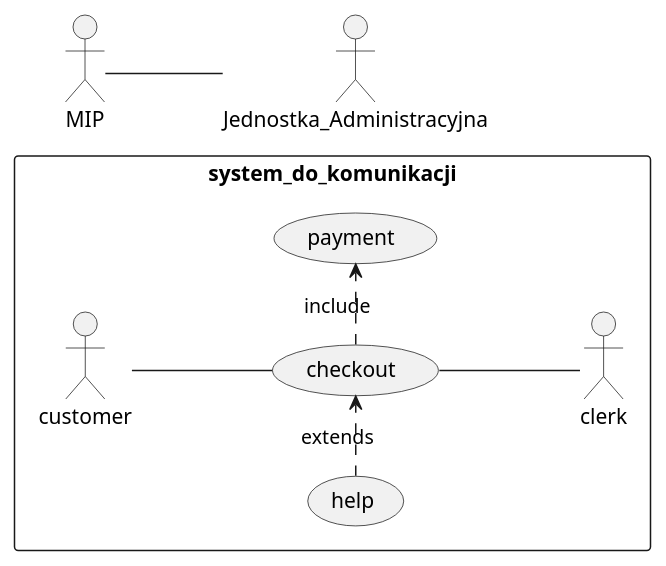
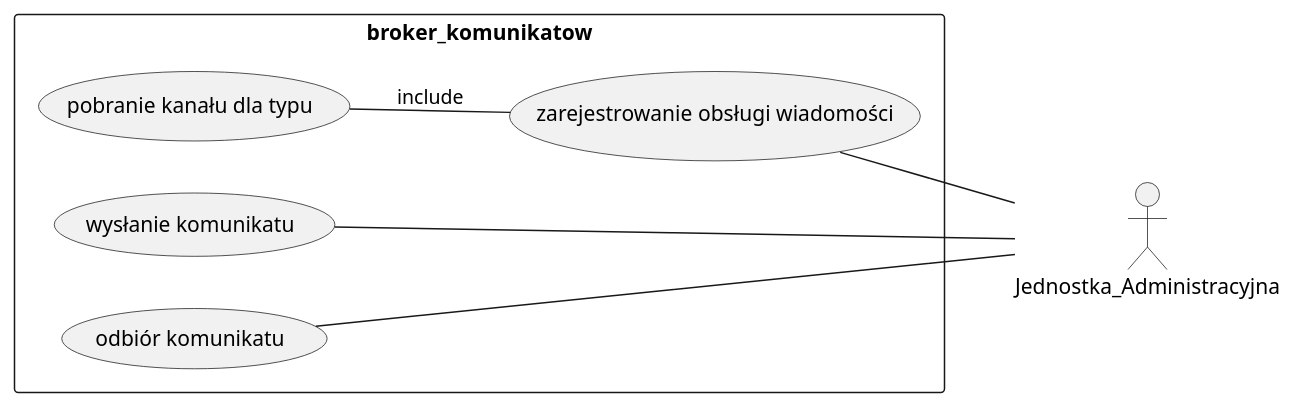
The first of 2 diagrams in test.md (pixellos/agh.TO.6), drawn with PlantUML before and after one commit. The commit also changed other lines of this file, not shown here.

````diff
--- a/test.md
+++ b/test.md
@@ -1,16 +1,17 @@
 ```plantuml
 left to right direction
 skinparam packageStyle rectangle
 
-rectangle system_do_komunikacji {
-  customer -- (checkout)
-  (checkout) .> (payment) : include
-  (help) .> (checkout) : extends
-  (checkout) -- clerk
+
+actor Jednostka_Administracyjna
+
+rectangle broker_komunikatow {
+  (zarejestrowanie obsługi wiadomości) -- Jednostka_Administracyjna
+  (pobranie kanału dla typu) --   (zarejestrowanie obsługi wiadomości) :include
+  (wysłanie komunikatu) -- Jednostka_Administracyjna
+  (odbiór komunikatu) -- Jednostka_Administracyjna
 }
 
-actor MIP
-actor Jednostka_Administracyjna
-MIP--Jednostka_Administracyjna
+
 
 ```
````
